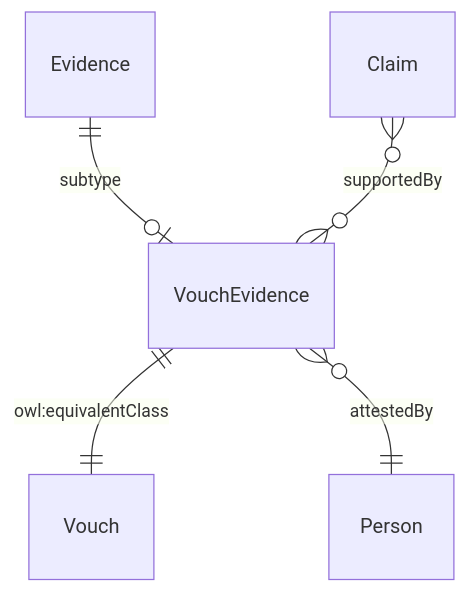
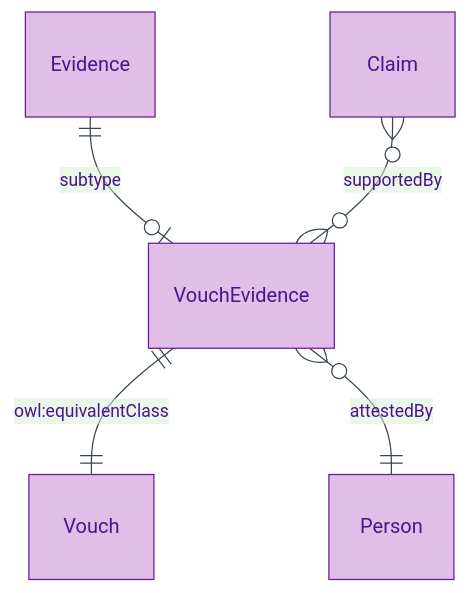
The diagram in docs/manual/logical/claim/vouch-evidence.md (sparkling/opda), drawn with Mermaid before and after one commit. The commit also changed other lines of this file and 179 other files, not shown here.

First line of the commit message:
docs(manual): Logical-tier diagram expansion via /diagramming skill

````diff
--- a/docs/manual/logical/claim/vouch-evidence.md
+++ b/docs/manual/logical/claim/vouch-evidence.md
@@ -32,7 +37,11 @@
 ```mermaid
+%%{init: {"theme": "base", "themeVariables": {"primaryColor": "#E1BEE7", "primaryTextColor": "#4A148C", "primaryBorderColor": "#6A1B9A", "lineColor": "#37474F"}}}%%
 erDiagram
+    accTitle: VouchEvidence — Entity-Relationship Diagram
+    accDescr: Direct-neighbour view of VouchEvidence — Evidence subtype with Vouch short-name alias, Claim supportedBy, attestedBy a Person (typically a regulated professional).
+
     Evidence ||--o| VouchEvidence : "subtype"
     VouchEvidence ||--|| Vouch : "owl:equivalentClass"
     VouchEvidence }o--|| Person : "attestedBy"
     Claim }o--o{ VouchEvidence : "supportedBy"
 ```
````
